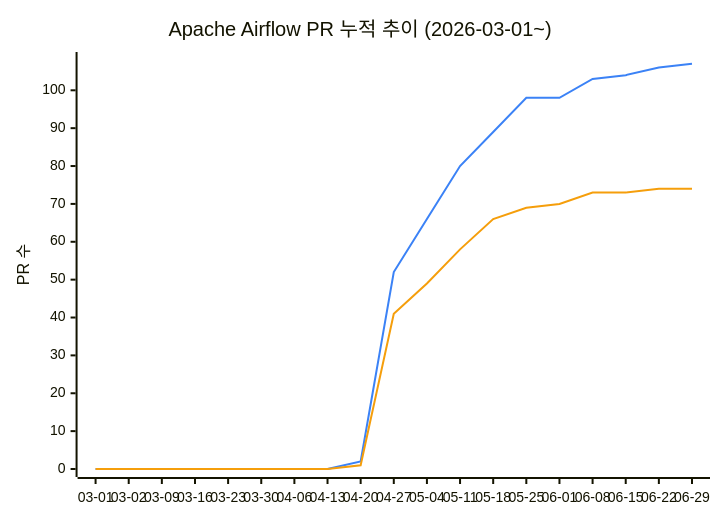
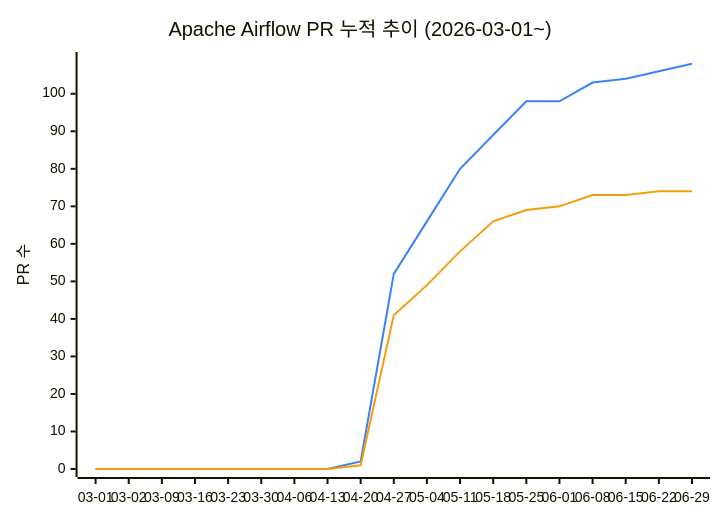
The diagram in README.md (AirflowKorea/ossca), drawn with Mermaid before and after one commit. The commit also changed other lines of this file, not shown here.

````diff
--- a/README.md
+++ b/README.md
@@ -11,9 +11,9 @@
 ```mermaid
 %%{init: {"themeVariables": {"xyChart": {"plotColorPalette": "#3b82f6, #f59e0b"}}}}%%
 xychart-beta
     title "Apache Airflow PR 누적 추이 (2026-03-01~)"
     x-axis ["03-01", "03-02", "03-09", "03-16", "03-23", "03-30", "04-06", "04-13", "04-20", "04-27", "05-04", "05-11", "05-18", "05-25", "06-01", "06-08", "06-15", "06-22", "06-29"]
-    y-axis "PR 수" 0 --> 108
-    line [0, 0, 0, 0, 0, 0, 0, 0, 2, 52, 66, 80, 89, 98, 98, 103, 104, 106, 107]
+    y-axis "PR 수" 0 --> 109
+    line [0, 0, 0, 0, 0, 0, 0, 0, 2, 52, 66, 80, 89, 98, 98, 103, 104, 106, 108]
     line [0, 0, 0, 0, 0, 0, 0, 0, 1, 41, 49, 58, 66, 69, 70, 73, 73, 74, 74]
 ```
````
